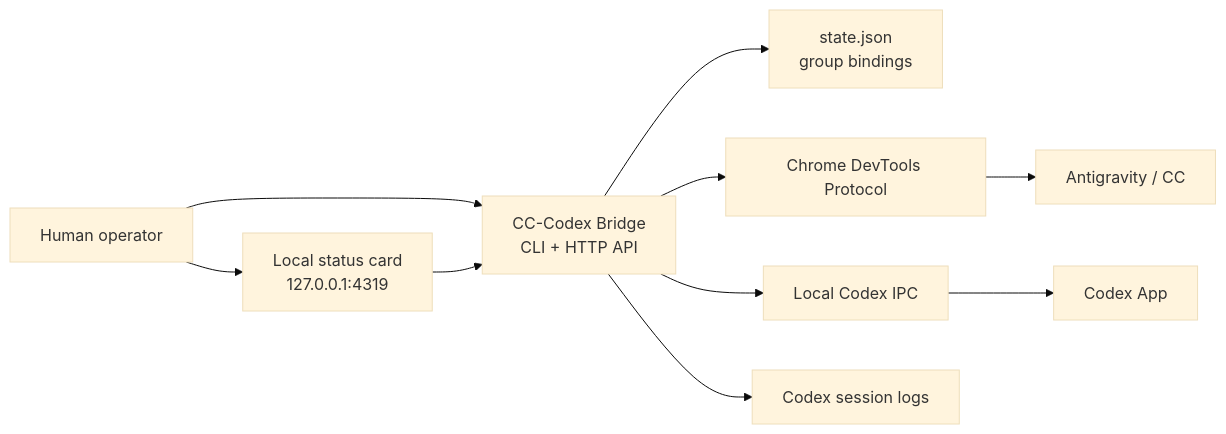
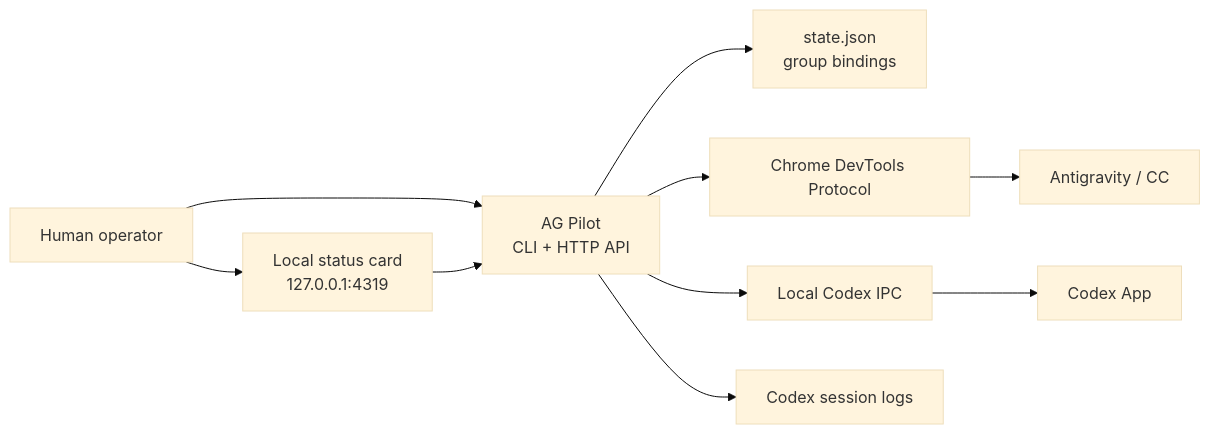
Before and after one commit to sefuzhou770801-hub/ag-pilot: the diagram in README.md, drawn with Mermaid (base theme). The commit also changed other lines of this file and 5 other files, not shown here.

Commit message:
Purge all cc-codex-bridge references from codebase

````diff
--- a/README.md
+++ b/README.md
@@ -67,22 +65,22 @@
 ```mermaid
 flowchart LR
   Human["Human operator"]
   Card["Local status card<br/>127.0.0.1:4319"]
-  Bridge["CC-Codex Bridge<br/>CLI + HTTP API"]
+  Bridge["AG Pilot<br/>CLI + HTTP API"]
   State["state.json<br/>group bindings"]
   AG["Antigravity / CC"]
   CDP["Chrome DevTools Protocol"]
   Codex["Codex App"]
   IPC["Local Codex IPC"]
   Logs["Codex session logs"]
 
   Human --> Card
   Human --> Bridge
   Card --> Bridge
   Bridge --> State
   Bridge --> CDP
   CDP --> AG
   Bridge --> IPC
   IPC --> Codex
   Bridge --> Logs
 ```
````
